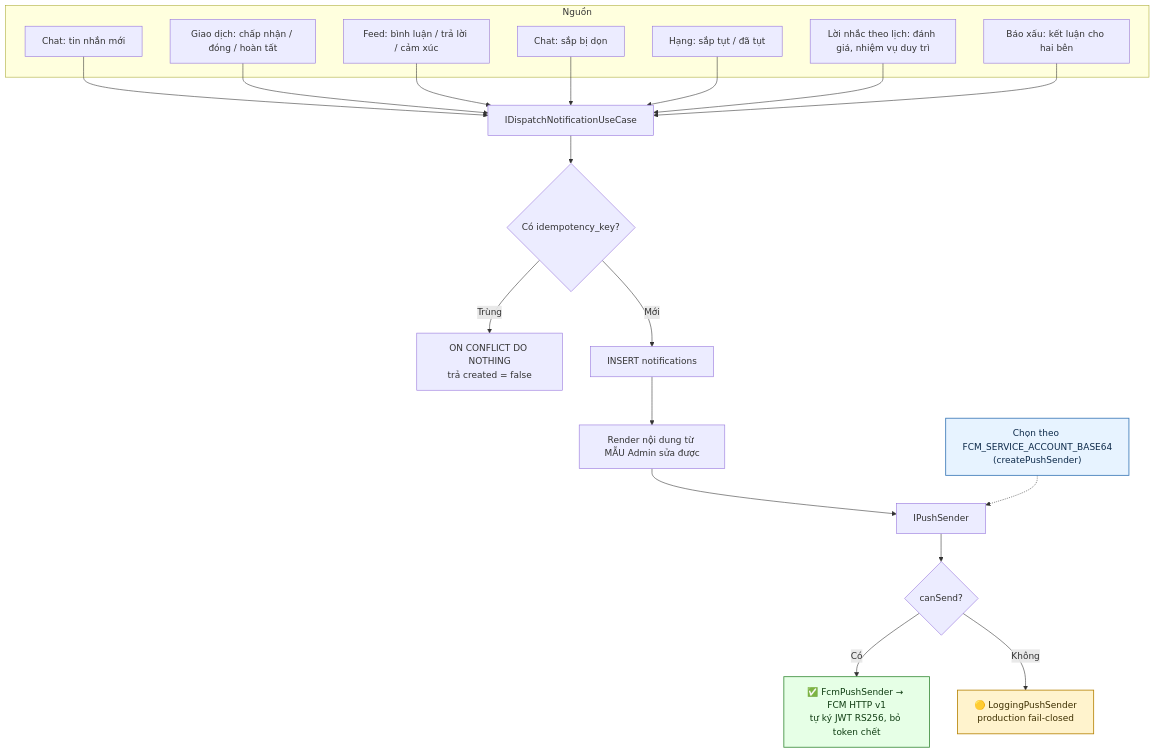
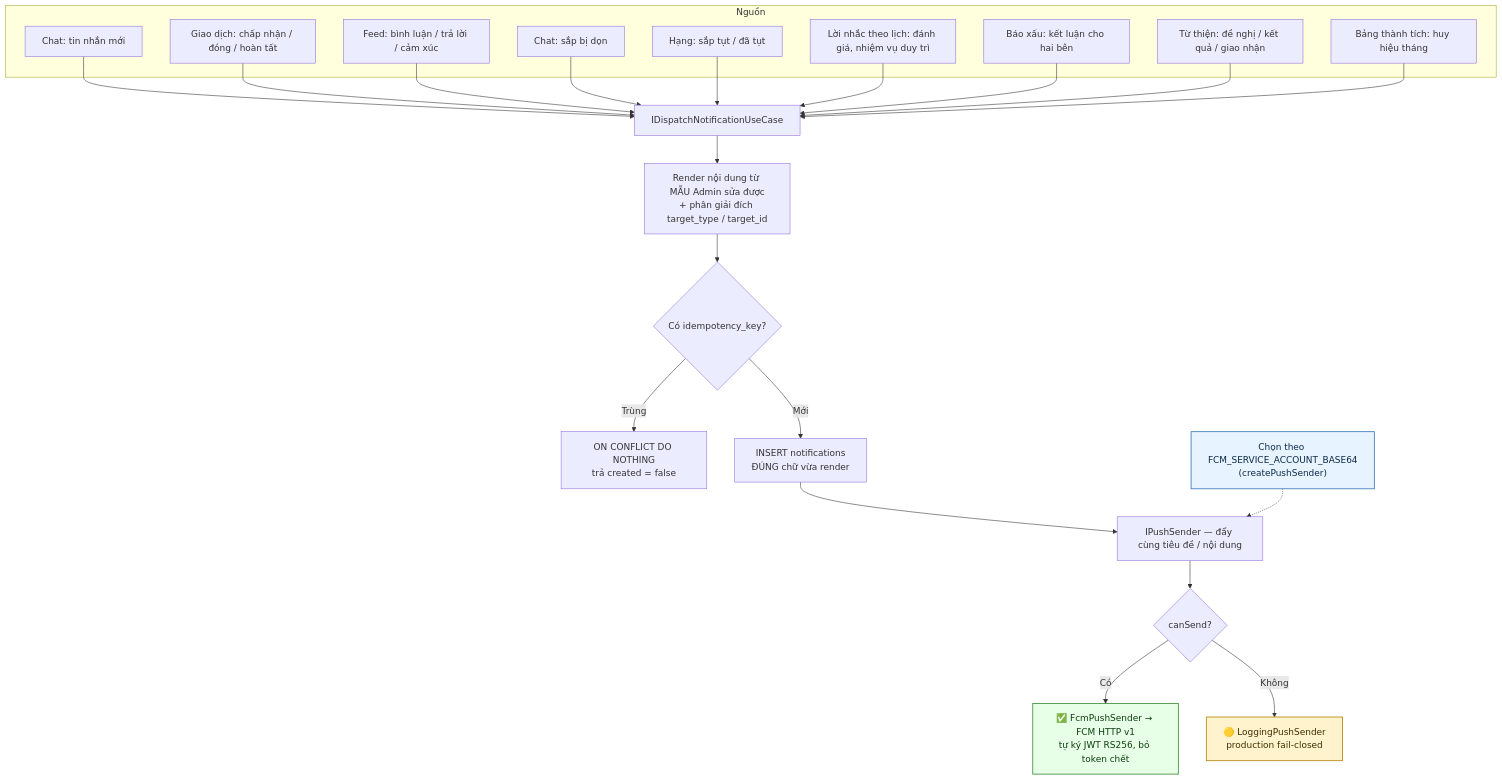
One commit to fdshn/trueheart changed the first of 4 diagrams in docs/diagram/10-notification.md. Above: the diagram before and after it, drawn with Mermaid. The commit also changed other lines of this file and 49 other files, not shown here.

````diff
--- a/docs/diagram/10-notification.md
+++ b/docs/diagram/10-notification.md
@@ -11,28 +11,30 @@
 ```mermaid
 flowchart TD
     subgraph Nguồn
         A[Chat: tin nhắn mới]
         B[Giao dịch: chấp nhận / đóng / hoàn tất]
         C[Feed: bình luận / trả lời / cảm xúc]
         E2[Hạng: sắp tụt / đã tụt]
         E3[Lời nhắc theo lịch: đánh giá, nhiệm vụ duy trì]
         E4[Báo xấu: kết luận cho hai bên]
+        E5["Từ thiện: đề nghị / kết quả / giao nhận"]
+        E6[Bảng thành tích: huy hiệu tháng]
         D[Chat: sắp bị dọn]
     end
 
-    A & B & C & D & E2 & E3 & E4 --> E["IDispatchNotificationUseCase"]
-    E --> F{Có idempotency_key?}
+    A & B & C & D & E2 & E3 & E4 & E5 & E6 --> E["IDispatchNotificationUseCase"]
+    E --> I["Render nội dung từ MẪU Admin sửa được<br/>+ phân giải đích target_type / target_id"]
+    I --> F{Có idempotency_key?}
     F -->|Trùng| G[ON CONFLICT DO NOTHING<br/>trả created = false]
-    F -->|Mới| H[INSERT notifications]
-    H --> I[Render nội dung từ MẪU Admin sửa được]
-    I --> J[IPushSender]
+    F -->|Mới| H[INSERT notifications<br/>ĐÚNG chữ vừa render]
+    H --> J["IPushSender — đẩy cùng tiêu đề / nội dung"]
     J --> K{canSend?}
     K -->|Có| L["✅ FcmPushSender → FCM HTTP v1<br/>tự ký JWT RS256, bỏ token chết"]
     K -->|Không| M["🟡 LoggingPushSender<br/>production fail-closed"]
 
     N["Chọn theo FCM_SERVICE_ACCOUNT_BASE64<br/>(createPushSender)"] -.-> J
 
     style L fill:#e6ffe6,stroke:#3f8f3f,stroke-width:1.5px,color:#0f3d12
     style M fill:#fff3cd,stroke:#b8860b,stroke-width:1.5px,color:#3d2f00
     style N fill:#e7f3ff,stroke:#3d7ab8,stroke-width:1.5px,color:#0d2a4a
 ```
````
